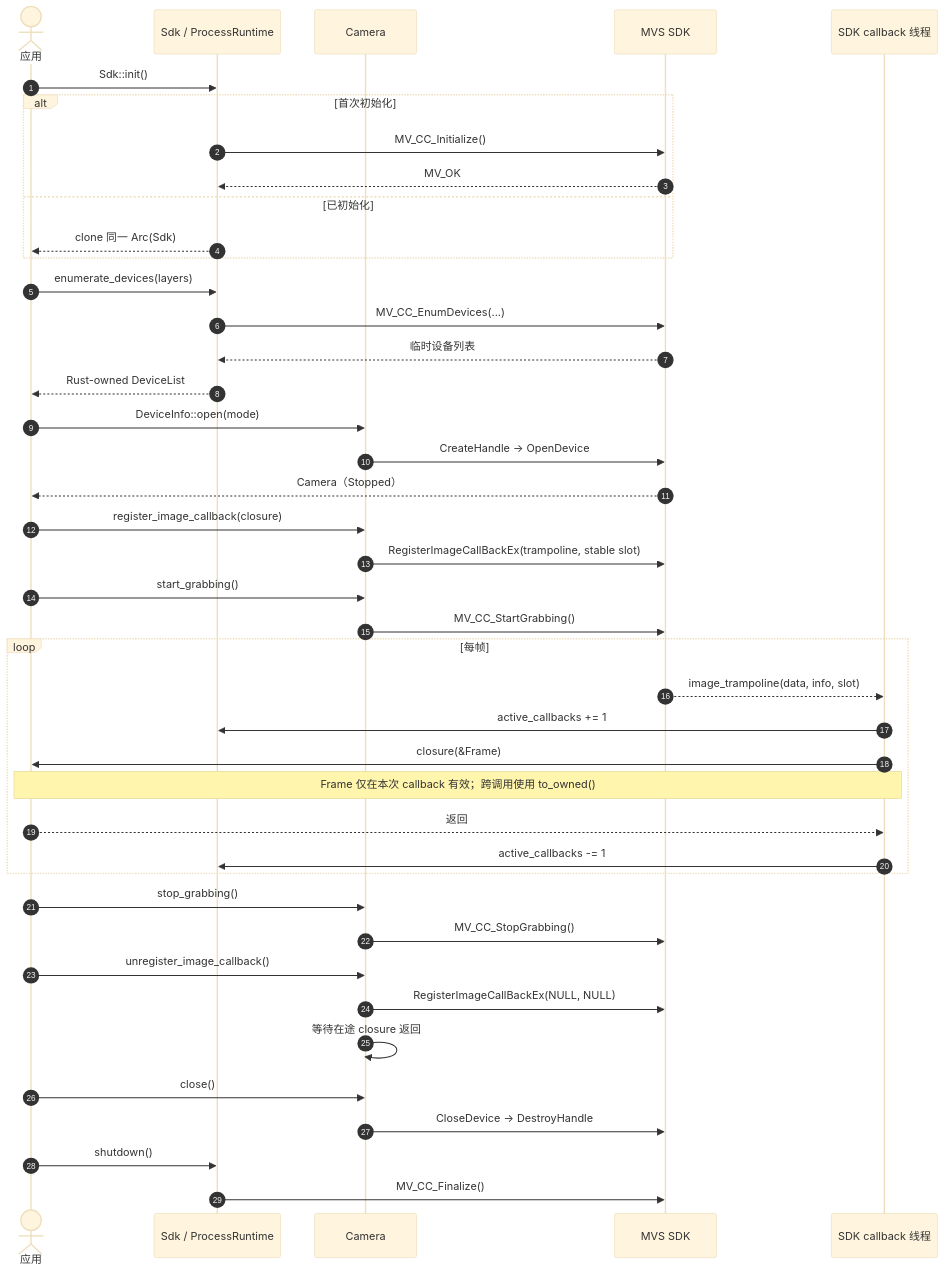
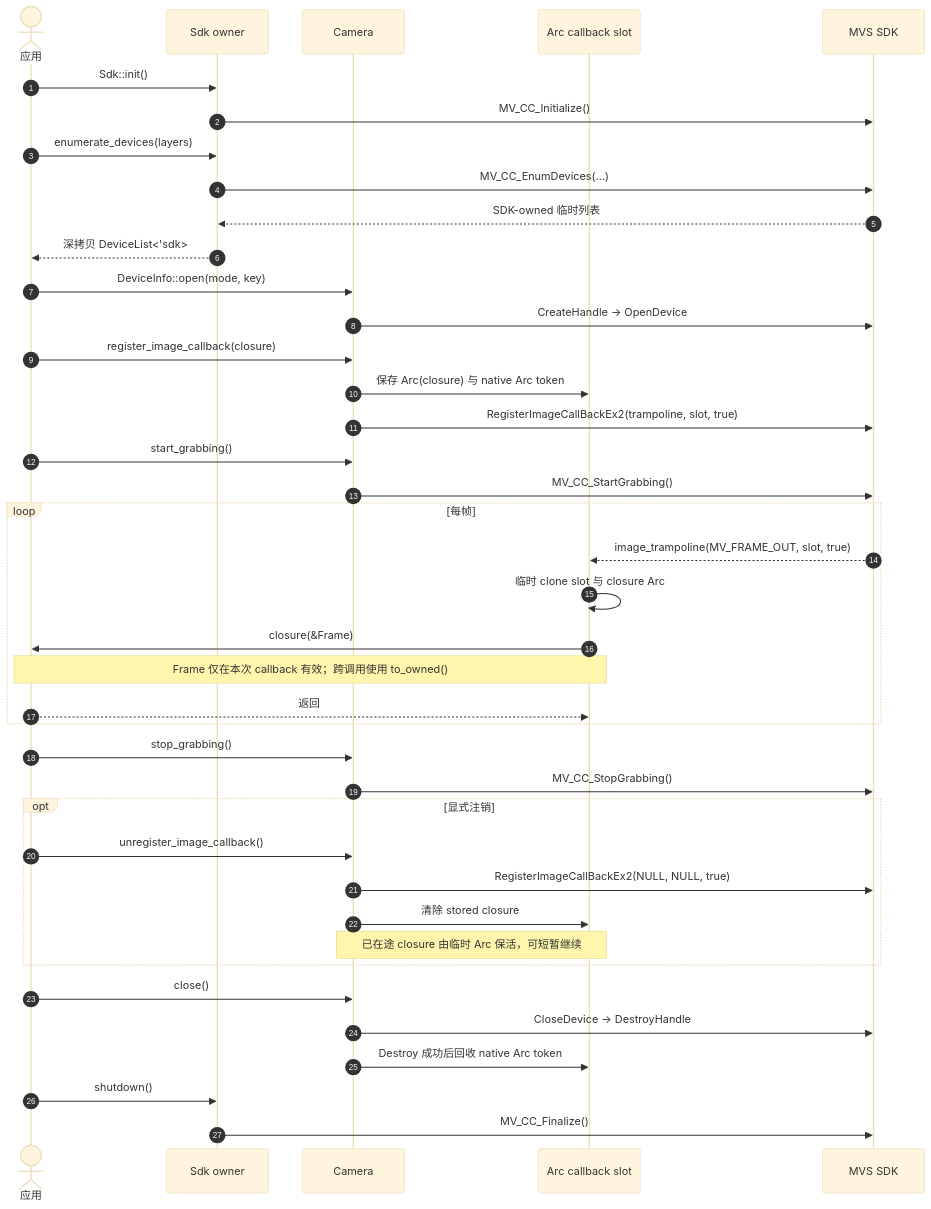
Before and after one commit to JSB-Unscarred/mvs-sdk-rs: the diagram in 时序图/Callback取流.md, drawn with Mermaid (base theme). The commit also changed other lines of this file and 22 other files, not shown here.

````diff
--- a/时序图/Callback取流.md
+++ b/时序图/Callback取流.md
@@ -3,51 +3,47 @@
 ```mermaid
 sequenceDiagram
     autonumber
     actor App as 应用
-    participant Sdk as Sdk / ProcessRuntime
+    participant Sdk as Sdk owner
     participant Camera as Camera
+    participant Slot as Arc callback slot
     participant Native as MVS SDK
-    participant Thread as SDK callback 线程
 
     App->>Sdk: Sdk::init()
-    alt 首次初始化
-        Sdk->>Native: MV_CC_Initialize()
-        Native-->>Sdk: MV_OK
-    else 已初始化
-        Sdk-->>App: clone 同一 Arc(Sdk)
-    end
-
+    Sdk->>Native: MV_CC_Initialize()
     App->>Sdk: enumerate_devices(layers)
     Sdk->>Native: MV_CC_EnumDevices(...)
-    Native-->>Sdk: 临时设备列表
-    Sdk-->>App: Rust-owned DeviceList
+    Native-->>Sdk: SDK-owned 临时列表
+    Sdk-->>App: 深拷贝 DeviceList<'sdk>
 
-    App->>Camera: DeviceInfo::open(mode)
+    App->>Camera: DeviceInfo::open(mode, key)
     Camera->>Native: CreateHandle → OpenDevice
-    Native-->>App: Camera（Stopped）
-
     App->>Camera: register_image_callback(closure)
-    Camera->>Native: RegisterImageCallBackEx(trampoline, stable slot)
+    Camera->>Slot: 保存 Arc(closure) 与 native Arc token
+    Camera->>Native: RegisterImageCallBackEx2(trampoline, slot, true)
     App->>Camera: start_grabbing()
     Camera->>Native: MV_CC_StartGrabbing()
 
     loop 每帧
-        Native-->>Thread: image_trampoline(data, info, slot)
-        Thread->>Sdk: active_callbacks += 1
-        Thread->>App: closure(&Frame)
-        Note over Thread,App: Frame 仅在本次 callback 有效；跨调用使用 to_owned()
-        App-->>Thread: 返回
-        Thread->>Sdk: active_callbacks -= 1
+        Native-->>Slot: image_trampoline(MV_FRAME_OUT, slot, true)
+        Slot->>Slot: 临时 clone slot 与 closure Arc
+        Slot->>App: closure(&Frame)
+        Note over Slot,App: Frame 仅在本次 callback 有效；跨调用使用 to_owned()
+        App-->>Slot: 返回
     end
 
     App->>Camera: stop_grabbing()
     Camera->>Native: MV_CC_StopGrabbing()
-    App->>Camera: unregister_image_callback()
-    Camera->>Native: RegisterImageCallBackEx(NULL, NULL)
-    Camera->>Camera: 等待在途 closure 返回
+    opt 显式注销
+        App->>Camera: unregister_image_callback()
+        Camera->>Native: RegisterImageCallBackEx2(NULL, NULL, true)
+        Camera->>Slot: 清除 stored closure
+        Note over Camera,Slot: 已在途 closure 由临时 Arc 保活，可短暂继续
+    end
 
     App->>Camera: close()
     Camera->>Native: CloseDevice → DestroyHandle
+    Camera->>Slot: Destroy 成功后回收 native Arc token
     App->>Sdk: shutdown()
     Sdk->>Native: MV_CC_Finalize()
 ```
````
